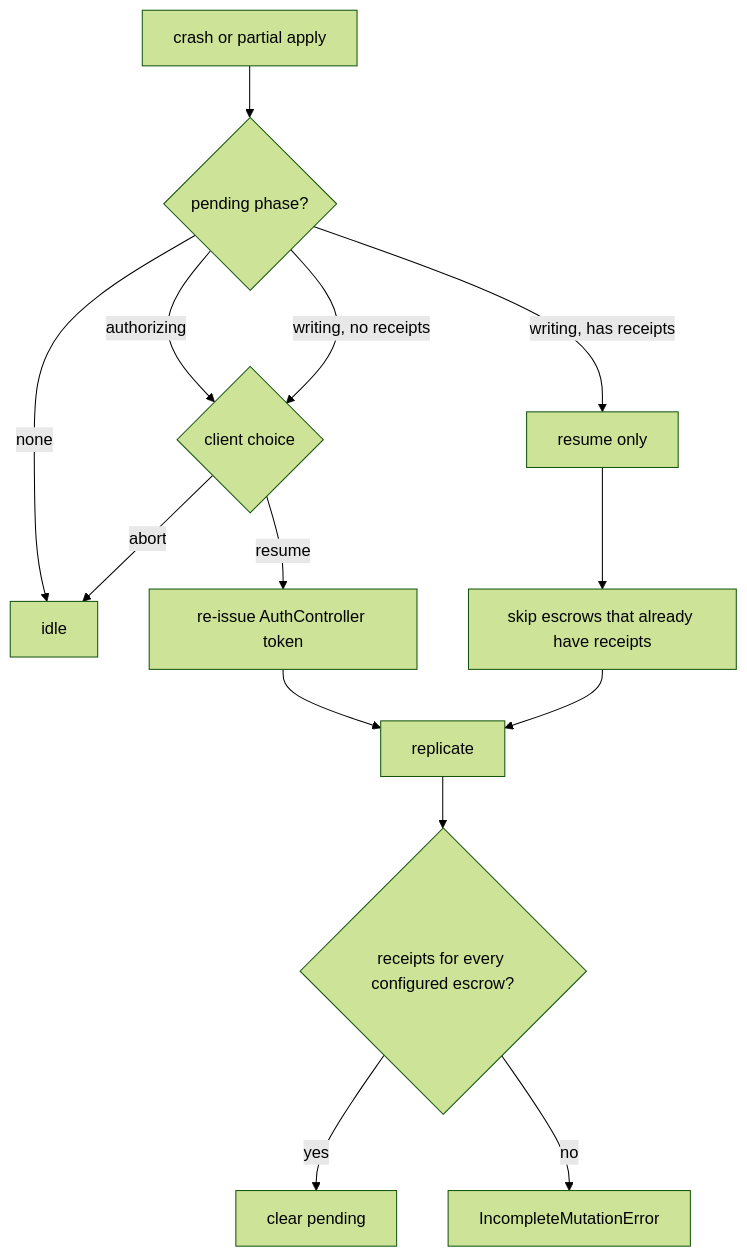
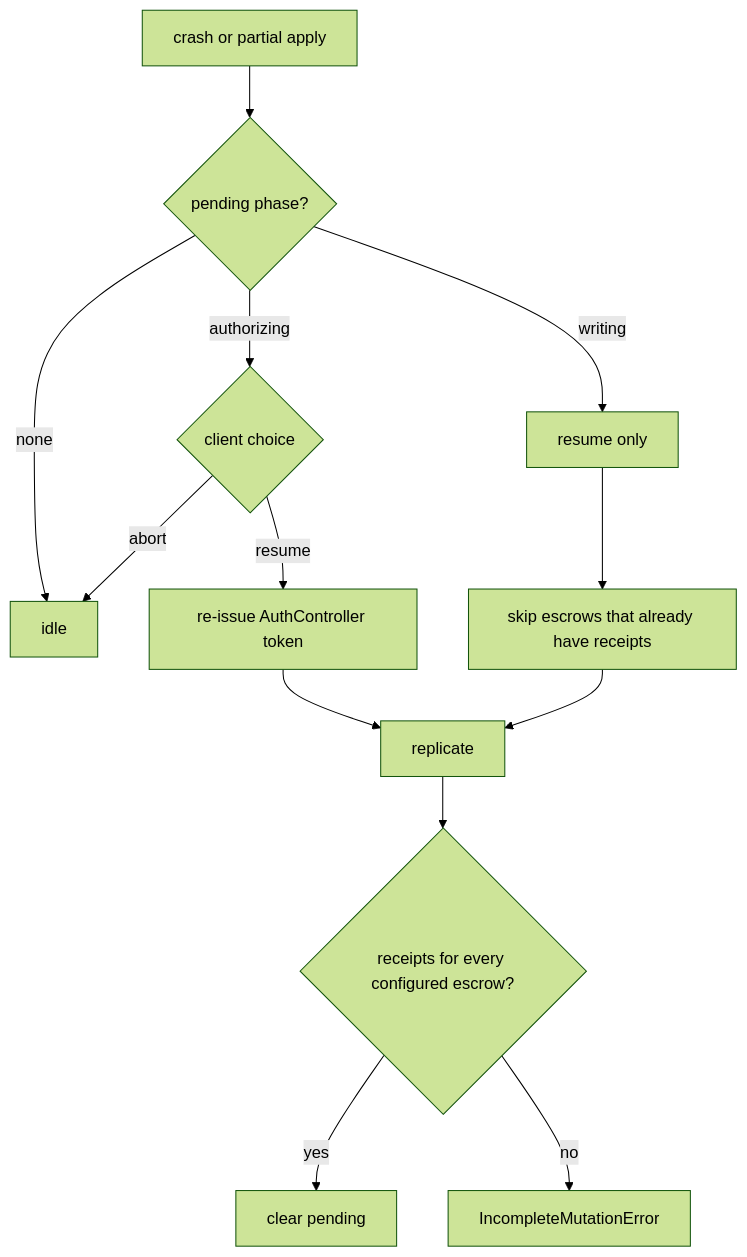
Before and after one commit to MetaMask/core: the sixth of 6 diagrams in packages/mfa-recovery-controller/ARCHITECTURE.md, drawn with Mermaid (forest theme). The commit also changed other lines of this file and 6 other files, not shown here.

````diff
--- a/packages/mfa-recovery-controller/ARCHITECTURE.md
+++ b/packages/mfa-recovery-controller/ARCHITECTURE.md
@@ -182,16 +179,15 @@
 ```mermaid
 flowchart TD
   Crash[crash or partial apply] --> Phase{pending phase?}
   Phase -->|none| Idle[idle]
   Phase -->|authorizing| AbortOrResume{client choice}
   AbortOrResume -->|abort| Idle
   AbortOrResume -->|resume| Auth[re-issue AuthController token]
   Auth --> Write[replicate]
-  Phase -->|writing, no receipts| AbortOrResume
-  Phase -->|writing, has receipts| ResumeOnly[resume only]
+  Phase -->|writing| ResumeOnly[resume only]
   ResumeOnly --> Skip[skip escrows that already have receipts]
   Skip --> Write
   Write --> All{receipts for every configured escrow?}
   All -->|yes| Clear[clear pending]
   All -->|no| PendingErr[IncompleteMutationError]
 ```
````
